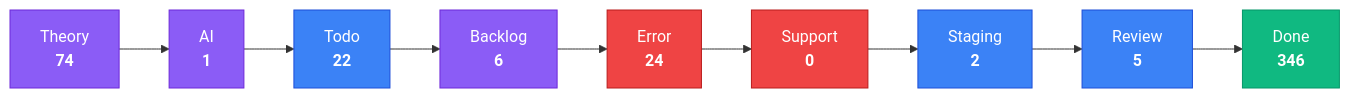
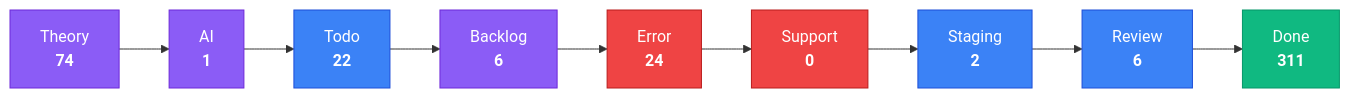
The third of 4 diagrams in apps/kbve/astro-kbve/src/content/docs/dashboard/kanban-data.mdx (KBVE/kbve), drawn with Mermaid before and after one commit. The commit also changed other lines of this file and 7 other files, not shown here.

````diff
--- a/apps/kbve/astro-kbve/src/content/docs/dashboard/kanban-data.mdx
+++ b/apps/kbve/astro-kbve/src/content/docs/dashboard/kanban-data.mdx
@@ -80,28 +80,28 @@
 ```mermaid
 flowchart LR
     classDef planning fill:#8b5cf6,stroke:#6d28d9,color:#fff
     classDef active fill:#3b82f6,stroke:#1d4ed8,color:#fff
     classDef blocked fill:#ef4444,stroke:#b91c1c,color:#fff
     classDef done fill:#10b981,stroke:#059669,color:#fff
     Theory["Theory<br/><strong>74</strong>"]
     Theory --> AI
     AI["AI<br/><strong>1</strong>"]
     AI --> Todo
     Todo["Todo<br/><strong>22</strong>"]
     Todo --> Backlog
     Backlog["Backlog<br/><strong>6</strong>"]
     Backlog --> Error
     Error["Error<br/><strong>24</strong>"]
     Error --> Support
     Support["Support<br/><strong>0</strong>"]
     Support --> Staging
     Staging["Staging<br/><strong>2</strong>"]
     Staging --> Review
-    Review["Review<br/><strong>5</strong>"]
+    Review["Review<br/><strong>6</strong>"]
     Review --> Done
-    Done["Done<br/><strong>346</strong>"]
+    Done["Done<br/><strong>311</strong>"]
     class Theory,AI,Backlog planning
     class Todo,Staging,Review active
     class Error,Support blocked
     class Done done
 ```
````
